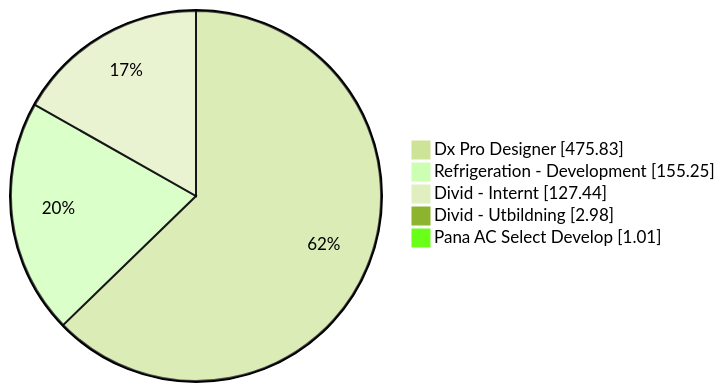
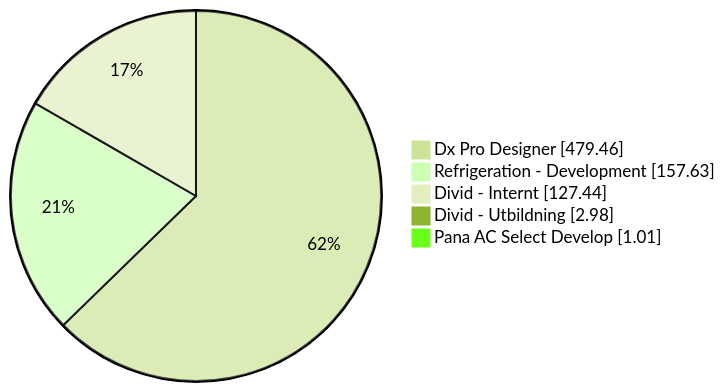
One commit to albinforsberg-netizen/timeclock changed the first of 5 diagrams in README.org. Above: the diagram before and after it, drawn with Mermaid (forest theme). The commit also changed other lines of this file, not shown here.

```diff
--- a/README.org
+++ b/README.org
@@ -32,8 +32,8 @@
 #+begin_src mermaid
 pie showData
-    "Dx Pro Designer" : 475.83
-    "Refrigeration - Development" : 155.25
+    "Dx Pro Designer" : 479.46
+    "Refrigeration - Development" : 157.63
     "Divid - Internt" : 127.44
     "Divid - Utbildning" : 2.98
     "Pana AC Select Develop" : 1.01
 #+end_src
```
